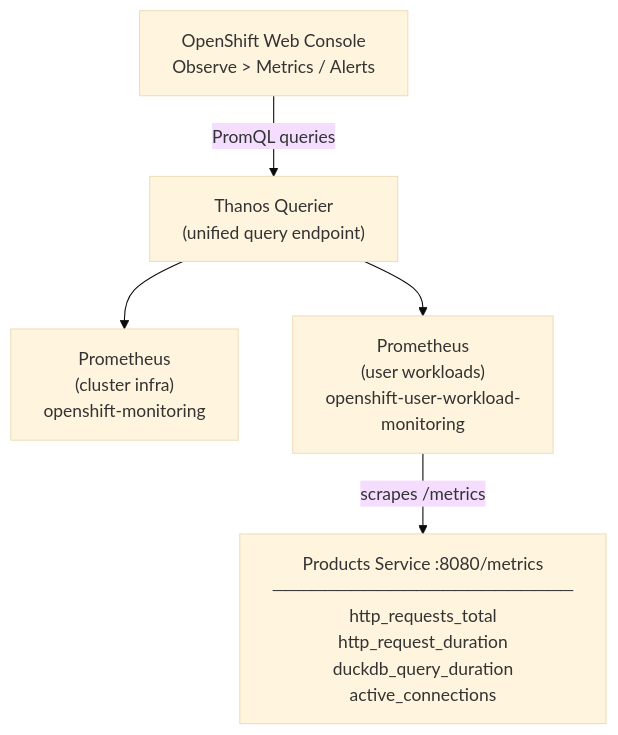
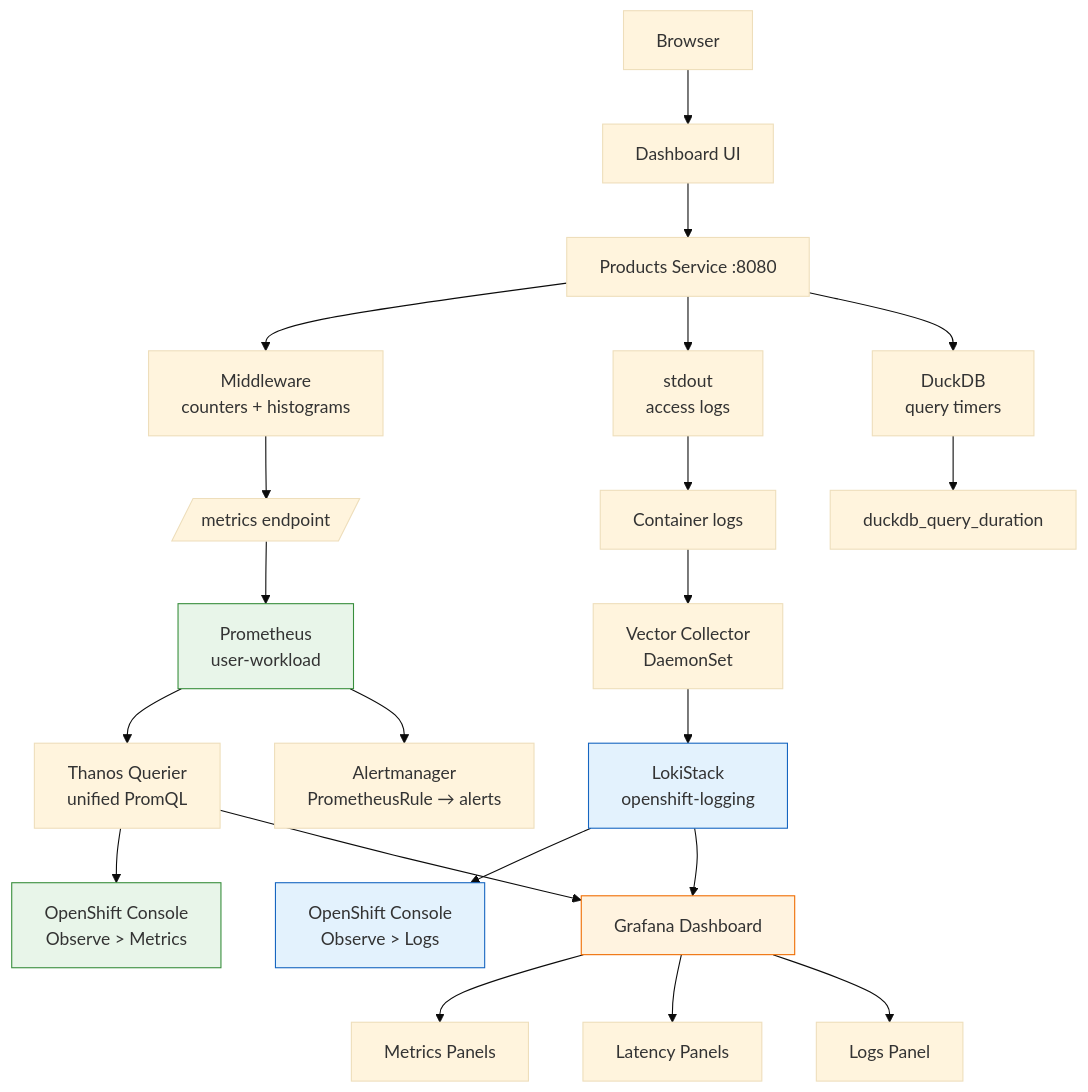
The diagram in tutorial/L07_monitoring_and_logging/README.md (lukaskellerstein/openshift-tutorial), drawn with Mermaid (base theme) before and after one commit. The commit also changed other lines of this file and 22 other files, not shown here.

First line of the commit message:
Add L07 monitoring & logging lesson with Prometheus, Loki, and Grafana

````diff
--- a/tutorial/L07_monitoring_and_logging/README.md
+++ b/tutorial/L07_monitoring_and_logging/README.md
@@ -89,10 +113,37 @@
 ```mermaid
 graph TD
-    WC["OpenShift Web Console<br/>Observe > Metrics / Alerts"]
-    WC -->|PromQL queries| TQ["Thanos Querier<br/>(unified query endpoint)"]
+    Browser[Browser] --> DashUI[Dashboard UI]
+    DashUI --> PS[Products Service :8080]
 
-    TQ --> PI["Prometheus<br/>(cluster infra)<br/>openshift-monitoring"]
-    TQ --> PU["Prometheus<br/>(user workloads)<br/>openshift-user-workload-<br/>monitoring"]
+    PS --> MW[Middleware<br/>counters + histograms]
+    PS --> STDOUT[stdout<br/>access logs]
+    PS --> DDB[DuckDB<br/>query timers]
 
-    PU -->|"scrapes /metrics"| PS["Products Service :8080/metrics<br/>───────────────────────<br/>http_requests_total<br/>http_request_duration<br/>duckdb_query_duration<br/>active_connections"]
+    MW --> ME[/metrics endpoint/]
+    STDOUT --> CL[Container logs]
+    DDB --> DQD[duckdb_query_duration]
+
+    ME --> Prom[Prometheus<br/>user-workload]
+    CL --> Vec[Vector Collector<br/>DaemonSet]
+
+    Prom --> Thanos[Thanos Querier<br/>unified PromQL]
+    Vec --> Loki[LokiStack<br/>openshift-logging]
+
+    Thanos --> Console1[OpenShift Console<br/>Observe > Metrics]
+    Loki --> Console2[OpenShift Console<br/>Observe > Logs]
+
+    Thanos --> Grafana[Grafana Dashboard]
+    Loki --> Grafana
+
+    Grafana --> MP[Metrics Panels]
+    Grafana --> LP[Latency Panels]
+    Grafana --> LogP[Logs Panel]
+
+    Prom --> AM[Alertmanager<br/>PrometheusRule → alerts]
+
+    style Prom fill:#e8f5e9,stroke:#388e3c
+    style Loki fill:#e3f2fd,stroke:#1565c0
+    style Grafana fill:#fff3e0,stroke:#ef6c00
+    style Console1 fill:#e8f5e9,stroke:#388e3c
+    style Console2 fill:#e3f2fd,stroke:#1565c0
 ```
````
